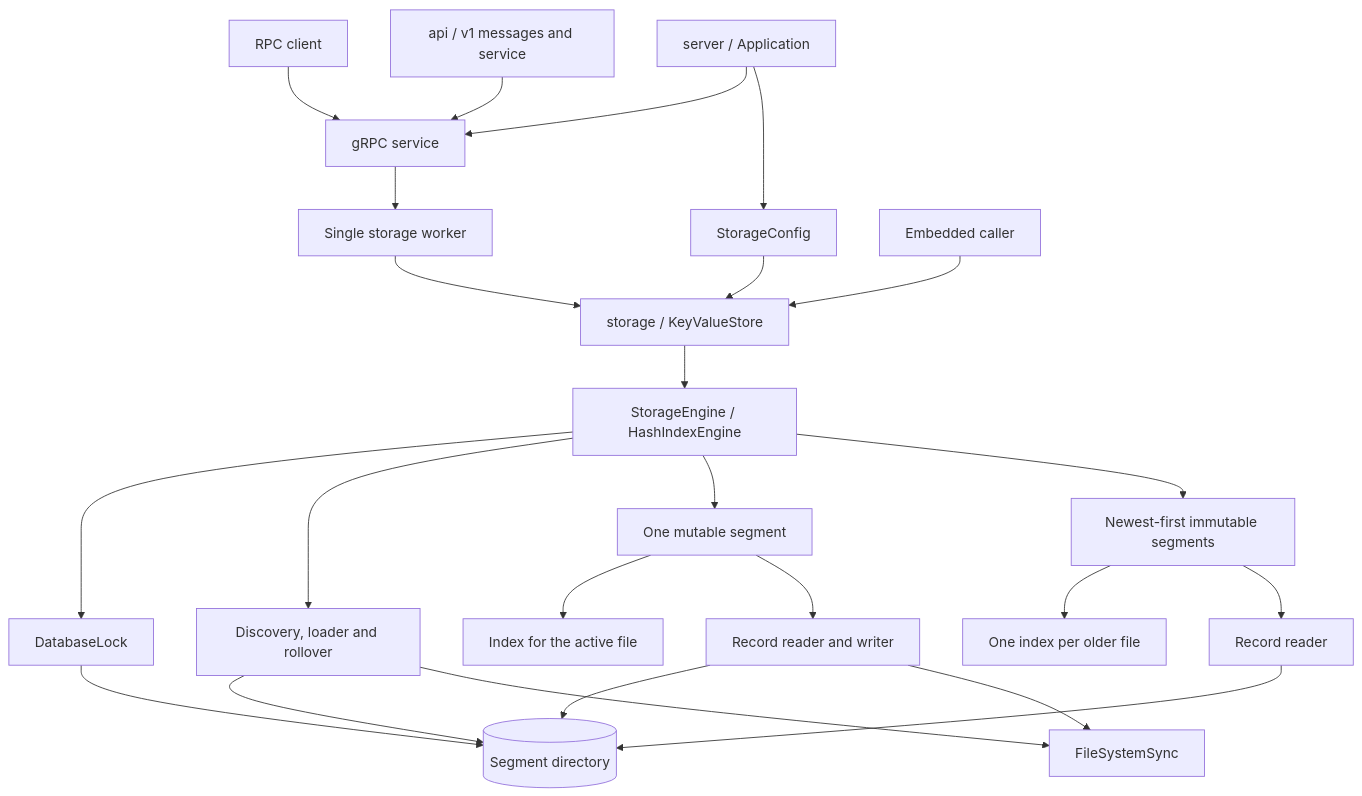
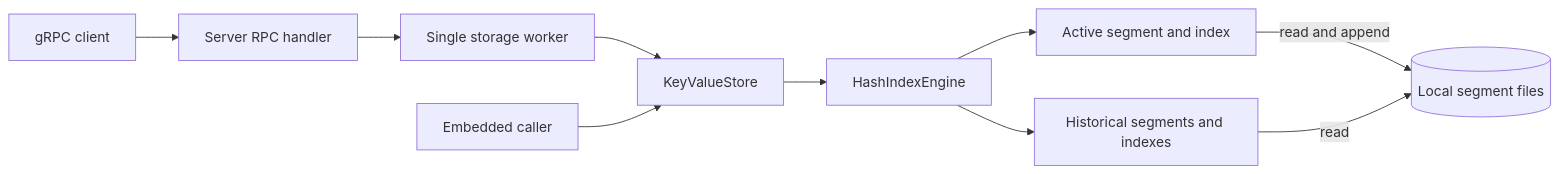
Before and after one commit to ryszardzmija/shaledb: the diagram in docs/architecture.md, drawn with Mermaid. The commit also changed other lines of this file and 11 other files, not shown here.

````diff
--- a/docs/architecture.md
+++ b/docs/architecture.md
@@ -7,26 +5,12 @@
 ```mermaid
-flowchart TD
-    Client[RPC client] --> Grpc[gRPC service]
-    Proto[api / v1 messages and service] --> Grpc
-    App[server / Application] --> Grpc
-    App --> Config[StorageConfig]
-    Grpc --> Worker[Single storage worker]
-    Worker --> Facade[storage / KeyValueStore]
-    Embedded[Embedded caller] --> Facade
-    Config --> Facade
-    Facade --> Engine[StorageEngine / HashIndexEngine]
-    Engine --> Lock[DatabaseLock]
-    Engine --> Layout[Discovery, loader and rollover]
-    Engine --> Active[One mutable segment]
-    Engine --> Older[Newest-first immutable segments]
-    Layout --> Files[(Segment directory)]
-    Lock --> Files
-    Active --> ActiveIndex[Index for the active file]
-    Older --> OldIndexes[One index per older file]
-    Active --> Codec[Record reader and writer]
-    Older --> Reader[Record reader]
-    Codec --> Files
-    Reader --> Files
-    Codec --> Force[FileSystemSync]
-    Layout --> Force
+flowchart LR
+    Client[gRPC client] --> Service[Server RPC handler]
+    Service --> Worker[Single storage worker]
+    Worker --> Store[KeyValueStore]
+    Embedded[Embedded caller] --> Store
+    Store --> Engine[HashIndexEngine]
+    Engine --> Active[Active segment and index]
+    Engine --> History[Historical segments and indexes]
+    Active -->|read and append| Files[(Local segment files)]
+    History -->|read| Files
 ```
````
